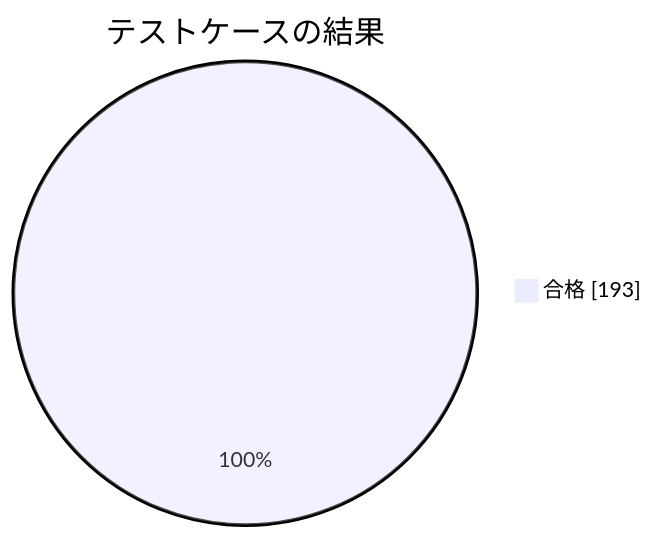
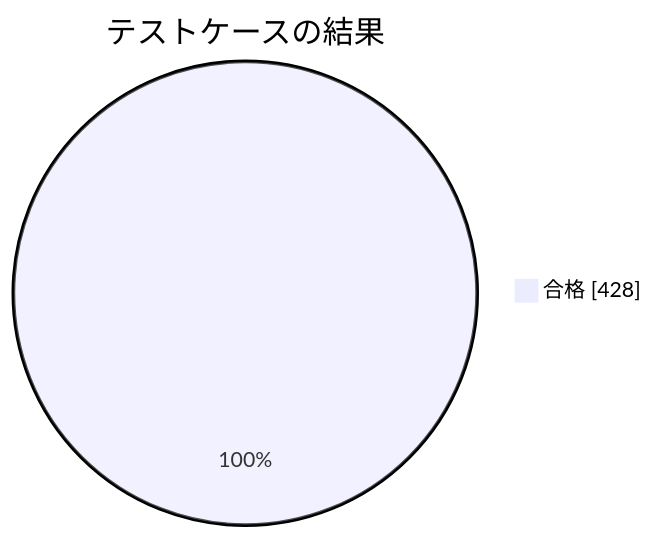
The second of 3 diagrams in documents/モジュールテスト結果報告書_RPG学習アプリ.md (pocarialice/rpglearning), drawn with Mermaid before and after one commit. The commit also changed other lines of this file and 2 other files, not shown here.

````diff
--- a/documents/モジュールテスト結果報告書_RPG学習アプリ.md
+++ b/documents/モジュールテスト結果報告書_RPG学習アプリ.md
@@ -59,4 +60,4 @@
 ```mermaid
 pie showData title テストケースの結果
-  "合格" : 193
+  "合格" : 428
 ```
````
